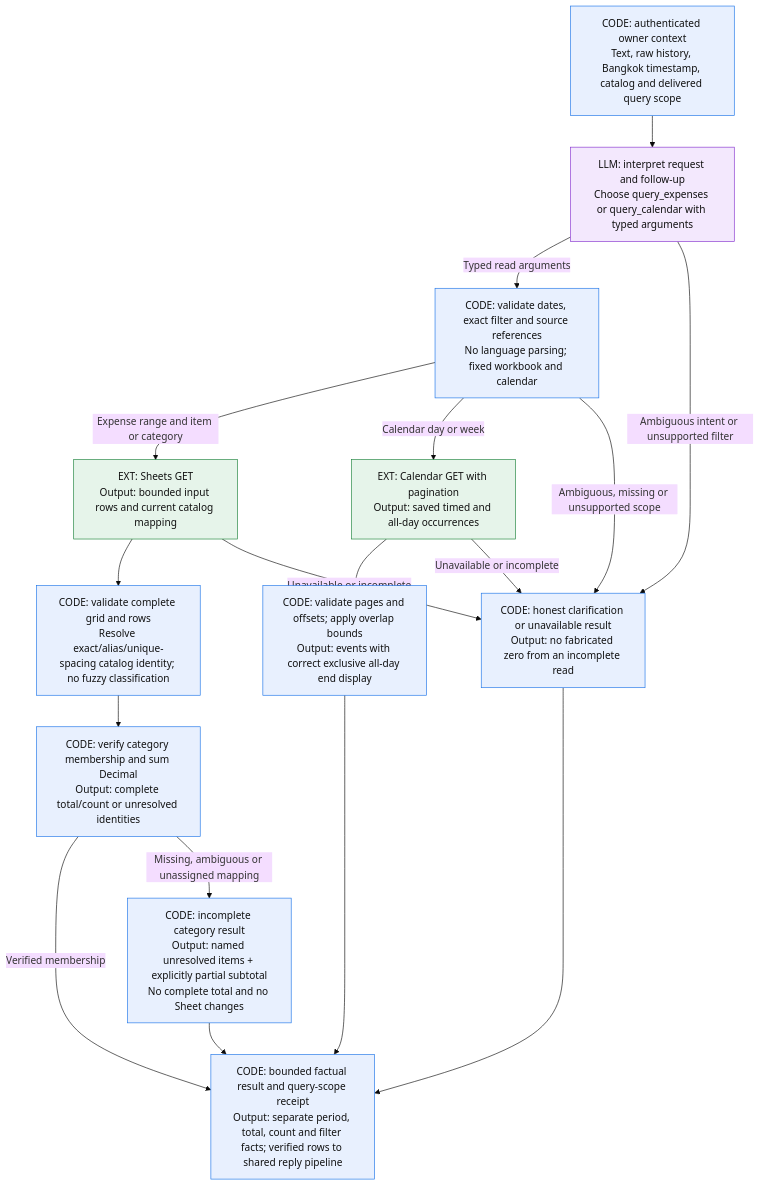
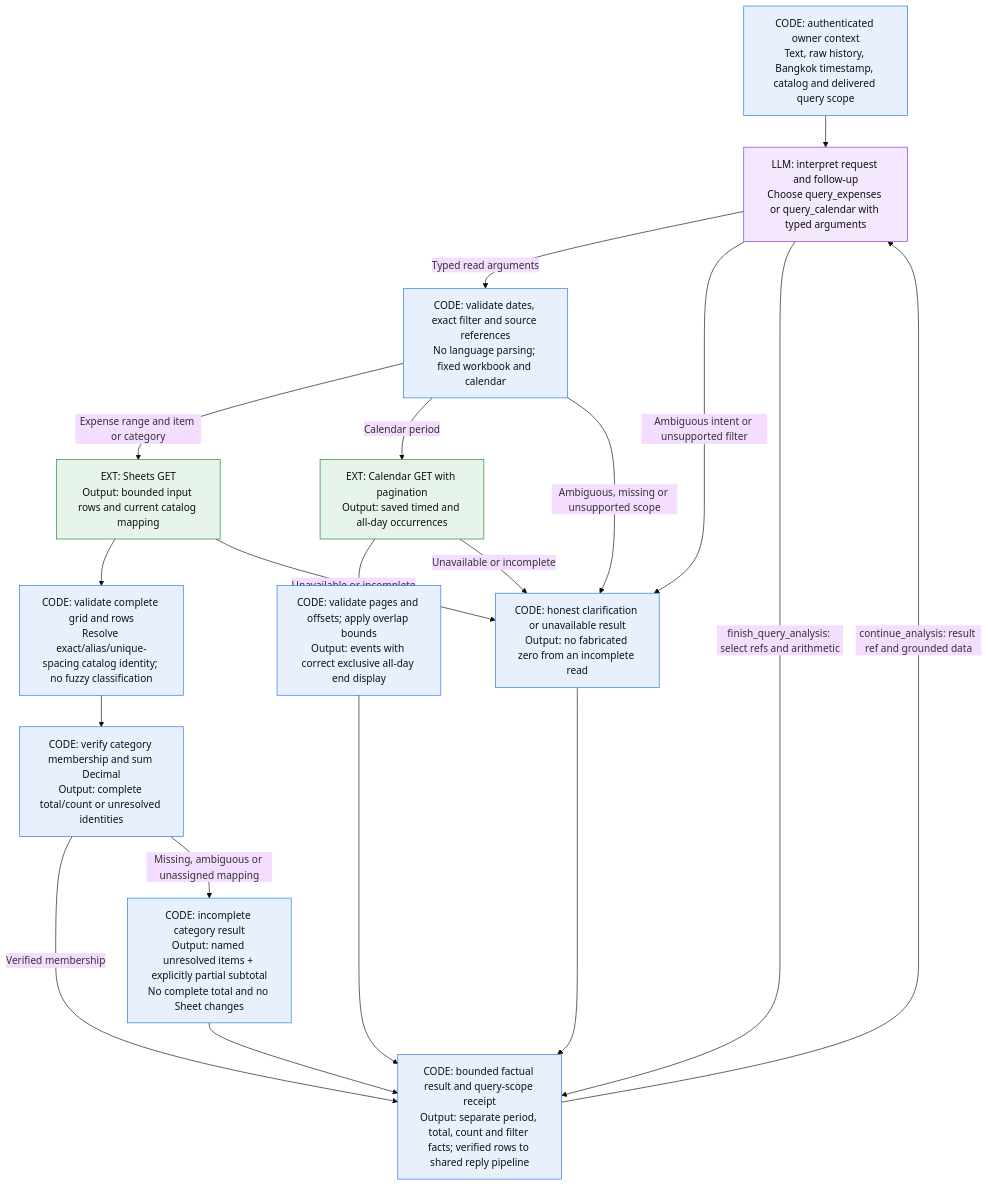
The fourth of 4 diagrams in docs/system-flow.md (thanaphatt1/line-personal-assistant), drawn with Mermaid (base theme) before and after one commit. The commit also changed other lines of this file and 26 other files, not shown here.

Commit message:
Add semantic calendar queries and iterative read analysis

````diff
--- a/docs/system-flow.md
+++ b/docs/system-flow.md
@@ -121,29 +121,31 @@
 ```mermaid
 flowchart TD
     Input["CODE: authenticated owner context<br/>Text, raw history, Bangkok timestamp, catalog and delivered query scope"]:::code
     Model["LLM: interpret request and follow-up<br/>Choose query_expenses or query_calendar with typed arguments"]:::llm
     Scope["CODE: validate dates, exact filter and source references<br/>No language parsing; fixed workbook and calendar"]:::code
     Expense["EXT: Sheets GET<br/>Output: bounded input rows and current catalog mapping"]:::ext
     Money["CODE: validate complete grid and rows<br/>Resolve exact/alias/unique-spacing catalog identity; no fuzzy classification"]:::code
     Mapping["CODE: verify category membership and sum Decimal<br/>Output: complete total/count or unresolved identities"]:::code
     Partial["CODE: incomplete category result<br/>Output: named unresolved items + explicitly partial subtotal<br/>No complete total and no Sheet changes"]:::code
     Calendar["EXT: Calendar GET with pagination<br/>Output: saved timed and all-day occurrences"]:::ext
     Events["CODE: validate pages and offsets; apply overlap bounds<br/>Output: events with correct exclusive all-day end display"]:::code
     Error["CODE: honest clarification or unavailable result<br/>Output: no fabricated zero from an incomplete read"]:::code
     Facts["CODE: bounded factual result and query-scope receipt<br/>Output: separate period, total, count and filter facts; verified rows to shared reply pipeline"]:::code
     Input --> Model
     Model -->|"Typed read arguments"| Scope
     Model -->|"Ambiguous intent or unsupported filter"| Error
     Scope -->|"Expense range and item or category"| Expense --> Money --> Mapping
-    Scope -->|"Calendar day or week"| Calendar --> Events
+    Scope -->|"Calendar period"| Calendar --> Events
     Scope -->|"Ambiguous, missing or unsupported scope"| Error
     Expense -->|"Unavailable or incomplete"| Error
     Calendar -->|"Unavailable or incomplete"| Error
     Mapping -->|"Verified membership"| Facts
     Mapping -->|"Missing, ambiguous or unassigned mapping"| Partial --> Facts
     Events --> Facts
+    Facts -->|"continue_analysis: result ref and grounded data"| Model
+    Model -->|"finish_query_analysis: select refs and arithmetic"| Facts
     Error --> Facts
     classDef code fill:#E8F0FE,stroke:#1A73E8,color:#111;
     classDef llm fill:#F3E8FD,stroke:#8430CE,color:#111;
     classDef ext fill:#E6F4EA,stroke:#188038,color:#111;
 ```
````
